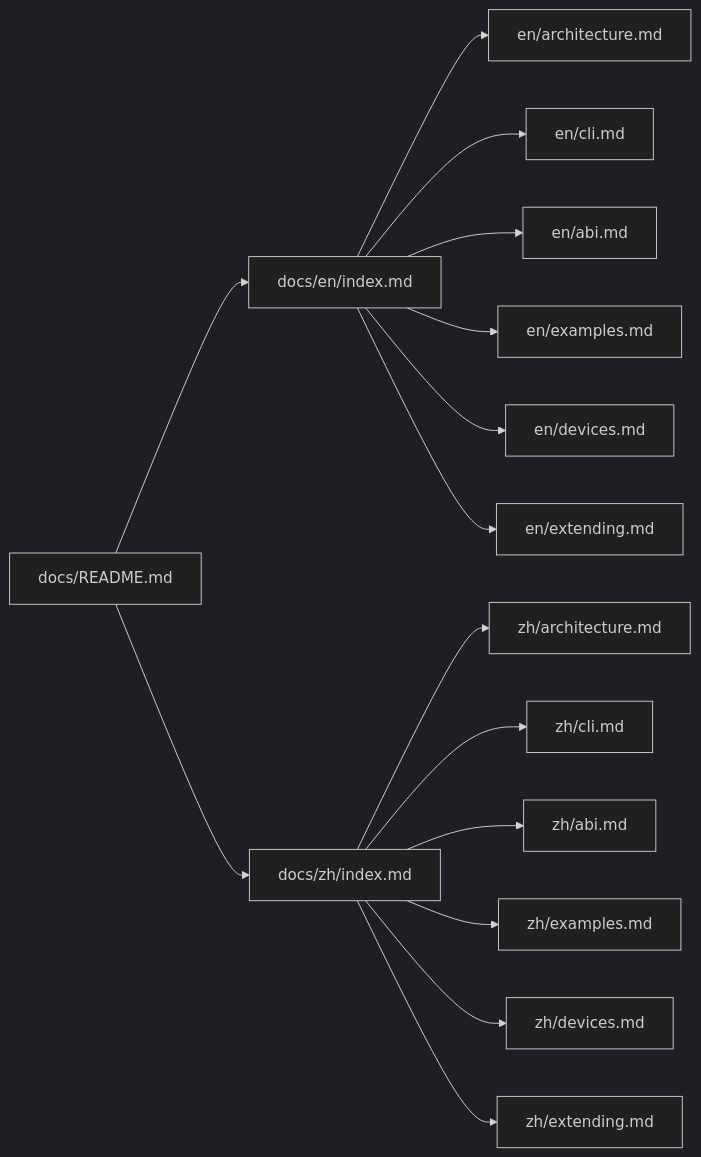
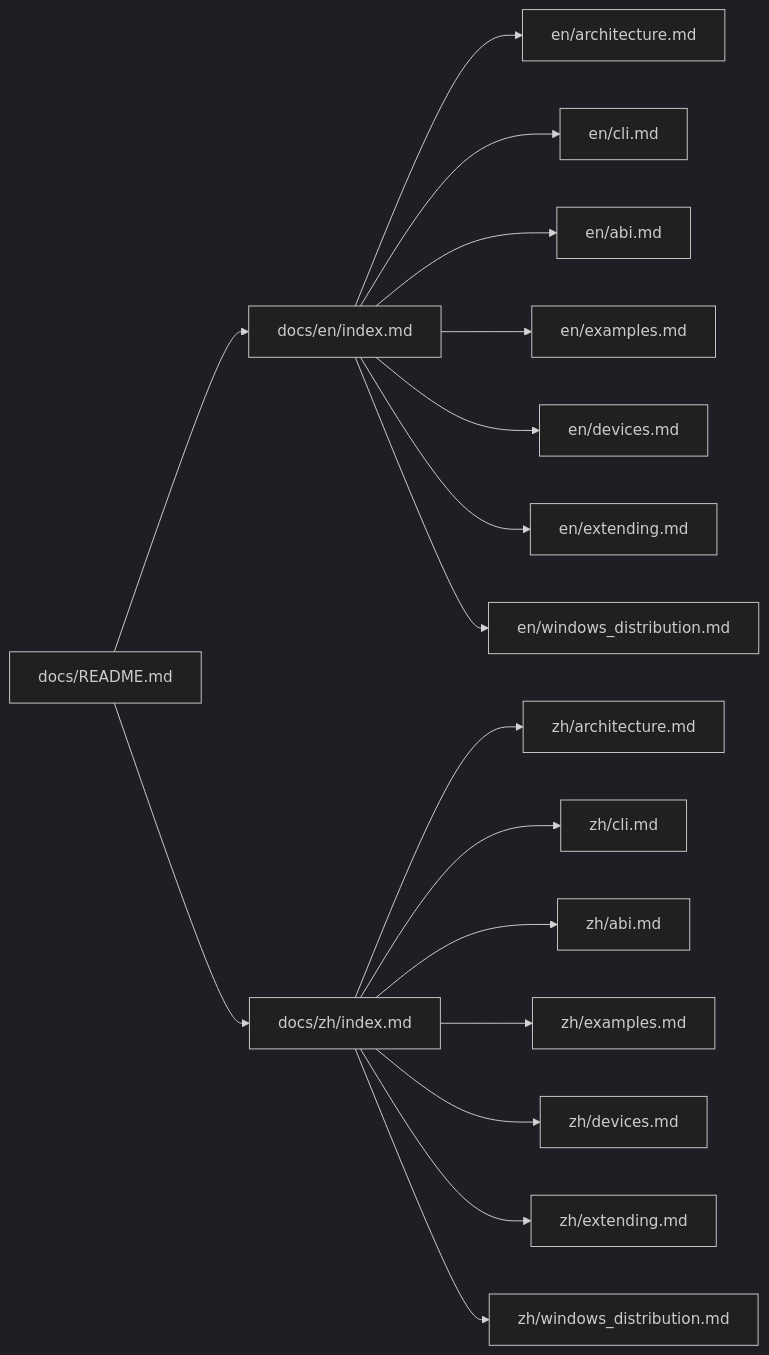
One commit to tianrking/motorbridge changed the diagram in docs/README.md. Above: the diagram before and after it, drawn with Mermaid (dark theme). The commit also changed other lines of this file and 30 other files, not shown here.

````diff
--- a/docs/README.md
+++ b/docs/README.md
@@ -10,17 +10,19 @@
 ```mermaid
 flowchart LR
   HUB["docs/README.md"] --> EN["docs/en/index.md"]
   HUB --> ZH["docs/zh/index.md"]
   EN --> EN_ARCH["en/architecture.md"]
   EN --> EN_CLI["en/cli.md"]
   EN --> EN_ABI["en/abi.md"]
   EN --> EN_EX["en/examples.md"]
   EN --> EN_DEV["en/devices.md"]
   EN --> EN_EXT["en/extending.md"]
+  EN --> EN_WIN["en/windows_distribution.md"]
   ZH --> ZH_ARCH["zh/architecture.md"]
   ZH --> ZH_CLI["zh/cli.md"]
   ZH --> ZH_ABI["zh/abi.md"]
   ZH --> ZH_EX["zh/examples.md"]
   ZH --> ZH_DEV["zh/devices.md"]
   ZH --> ZH_EXT["zh/extending.md"]
+  ZH --> ZH_WIN["zh/windows_distribution.md"]
 ```
````
